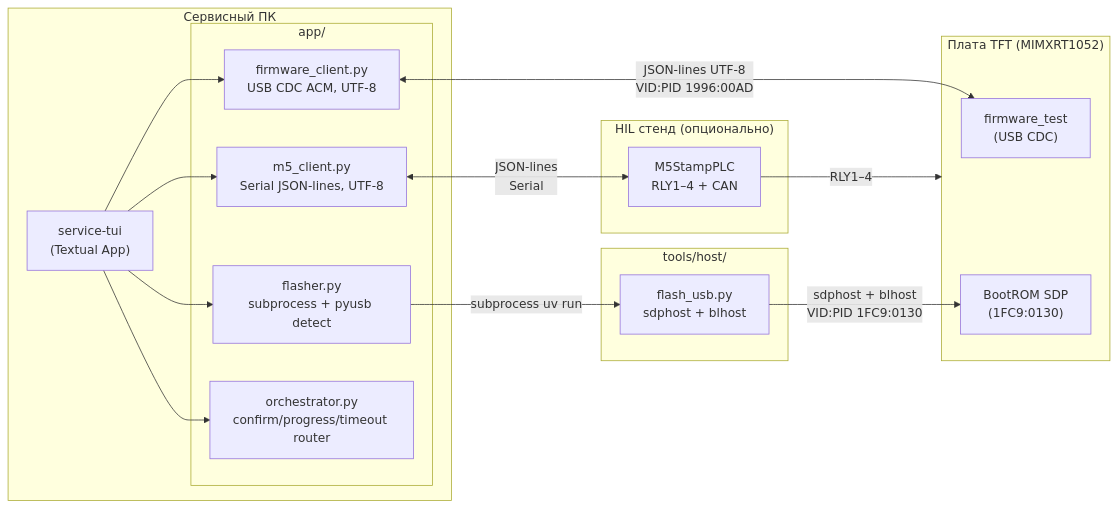
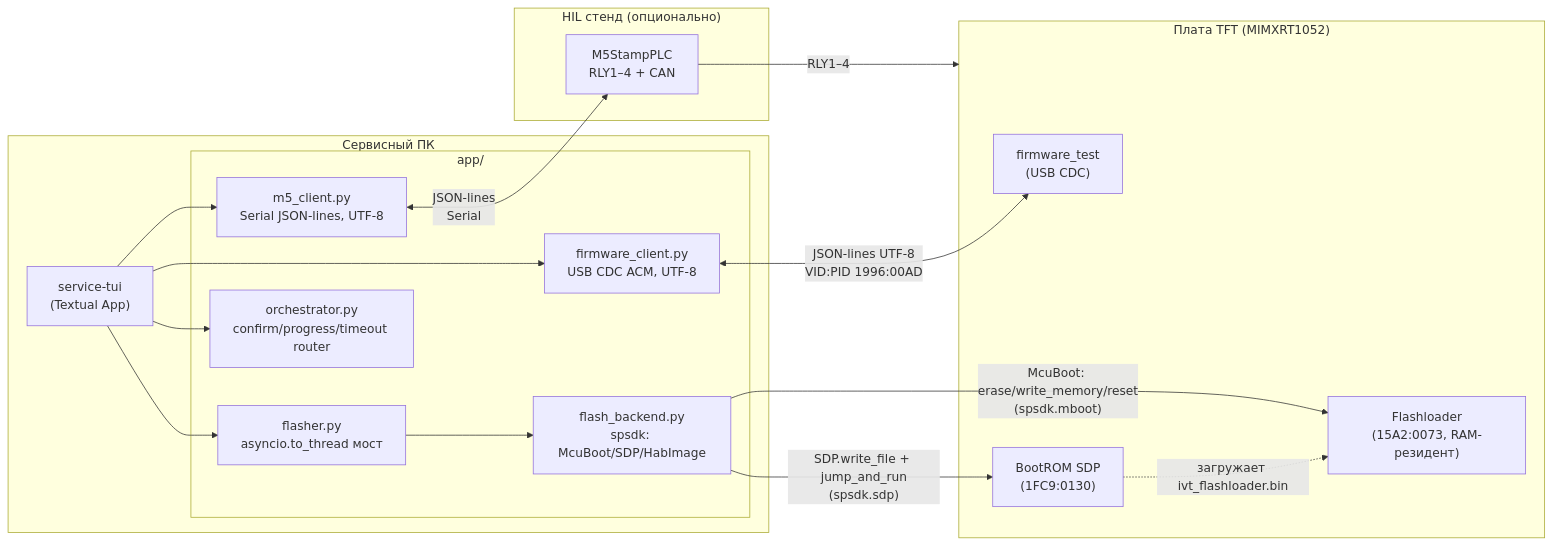
The first of 5 diagrams in tools/production/docs/DEV_ARCH.md (OSabuser/tft_manufacture_test), drawn with Mermaid before and after one commit. The commit also changed other lines of this file and 15 other files, not shown here.

````diff
--- a/tools/production/docs/DEV_ARCH.md
+++ b/tools/production/docs/DEV_ARCH.md
@@ -51,32 +67,32 @@
 ```mermaid
 graph LR
     subgraph PC["Сервисный ПК"]
         TUI["service-tui\n(Textual App)"]
         subgraph app["app/"]
             FC["firmware_client.py\nUSB CDC ACM, UTF-8"]
             M5["m5_client.py\nSerial JSON-lines, UTF-8"]
-            FL["flasher.py\nsubprocess + pyusb detect"]
+            FL["flasher.py\nasyncio.to_thread мост"]
+            FB["flash_backend.py\nspsdk: McuBoot/SDP/HabImage"]
             OR["orchestrator.py\nconfirm/progress/timeout router"]
         end
         TUI --> FC & M5 & FL & OR
+        FL --> FB
     end
 
     subgraph Board["Плата TFT (MIMXRT1052)"]
         FW["firmware_test\n(USB CDC)"]
         ROM["BootROM SDP\n(1FC9:0130)"]
+        FLD["Flashloader\n(15A2:0073, RAM-резидент)"]
     end
 
     subgraph HIL["HIL стенд (опционально)"]
         M5HW["M5StampPLC\nRLY1–4 + CAN"]
     end
 
-    subgraph Host["tools/host/"]
-        FU["flash_usb.py\nsdphost + blhost"]
-    end
-
     FC   <-->|"JSON-lines UTF-8\nVID:PID 1996:00AD"| FW
-    FL    -->|"subprocess uv run"| FU
-    FU    -->|"sdphost + blhost\nVID:PID 1FC9:0130"| ROM
+    FB    -->|"SDP.write_file + jump_and_run\n(spsdk.sdp)"| ROM
+    ROM   -.->|"загружает ivt_flashloader.bin"| FLD
+    FB    -->|"McuBoot: erase/write_memory/reset\n(spsdk.mboot)"| FLD
     M5   <-->|"JSON-lines\nSerial"| M5HW
     M5HW  -->|"RLY1–4"| Board
 ```
````
